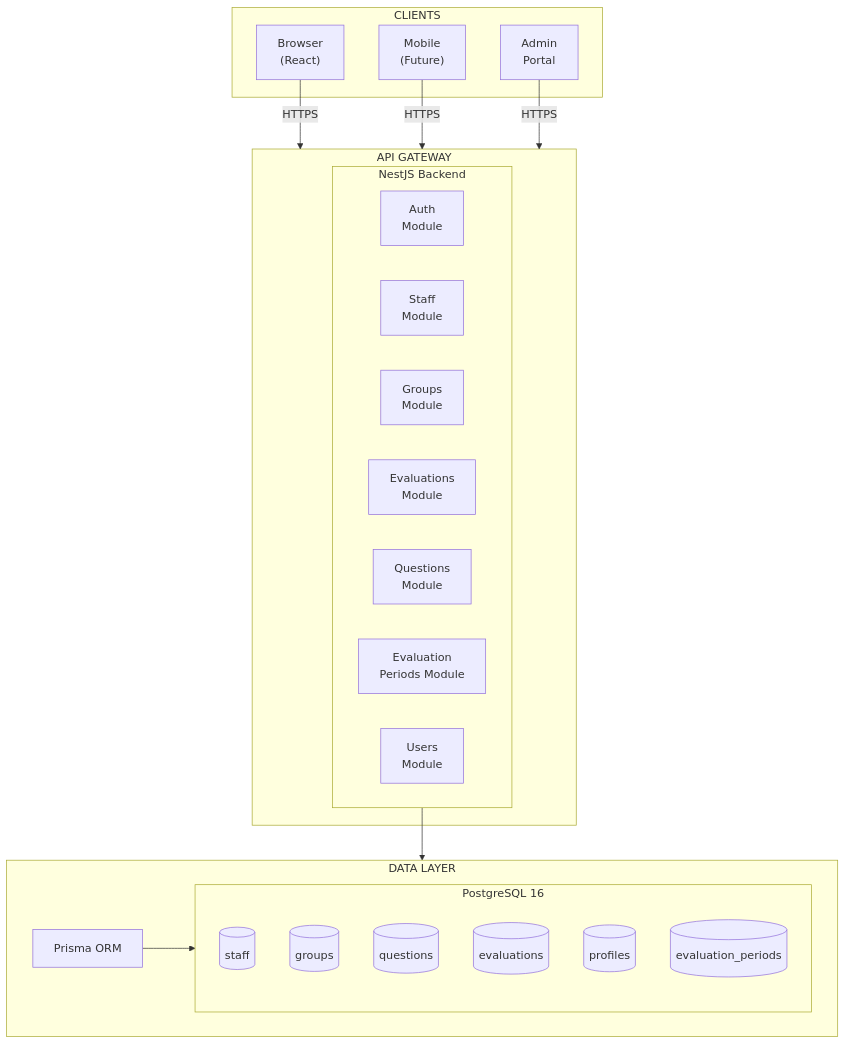
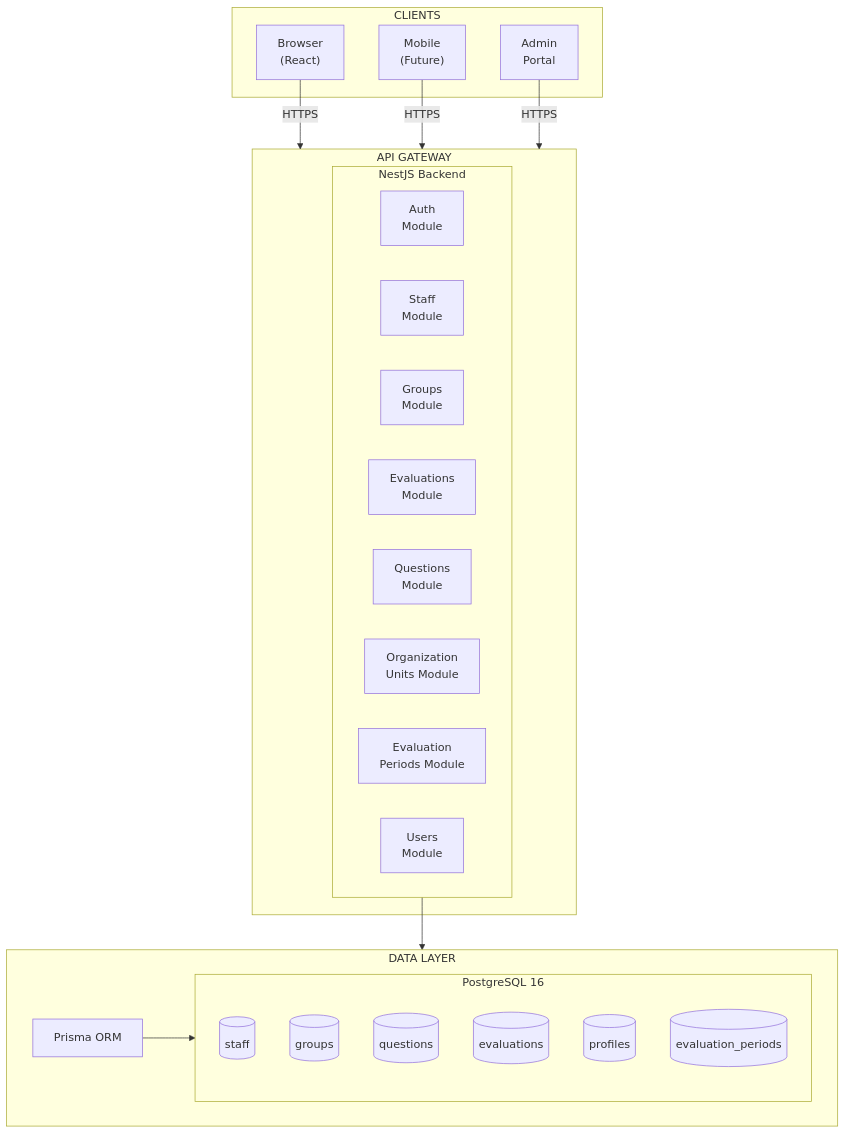
Before and after one commit to luanquangminh/GR: the first of 7 diagrams in README.md, drawn with Mermaid. The commit also changed other lines of this file, not shown here.

````diff
--- a/README.md
+++ b/README.md
@@ -43,37 +43,38 @@
 ```mermaid
 flowchart TB
     subgraph CLIENTS["CLIENTS"]
         Browser["Browser<br/>(React)"]
         Mobile["Mobile<br/>(Future)"]
         AdminPortal["Admin<br/>Portal"]
     end
     
     Browser & Mobile & AdminPortal -->|HTTPS| API_GATEWAY
     
     subgraph API_GATEWAY["API GATEWAY"]
         subgraph NestJS["NestJS Backend"]
             Auth["Auth<br/>Module"]
             Staff["Staff<br/>Module"]
             Groups["Groups<br/>Module"]
             Evaluations["Evaluations<br/>Module"]
             Questions["Questions<br/>Module"]
+            OrgUnits["Organization<br/>Units Module"]
             Periods["Evaluation<br/>Periods Module"]
             Users["Users<br/>Module"]
         end
     end
     
     NestJS --> DATA_LAYER
     
     subgraph DATA_LAYER["DATA LAYER"]
         Prisma["Prisma ORM"]
         subgraph PostgreSQL["PostgreSQL 16"]
             staff_db[(staff)]
             groups_db[(groups)]
             questions_db[(questions)]
             evaluations_db[(evaluations)]
             profiles_db[(profiles)]
             periods_db[(evaluation_periods)]
         end
         Prisma --> PostgreSQL
     end
 ```
````
